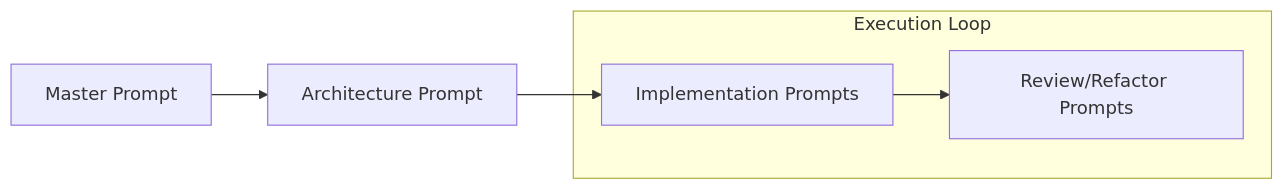
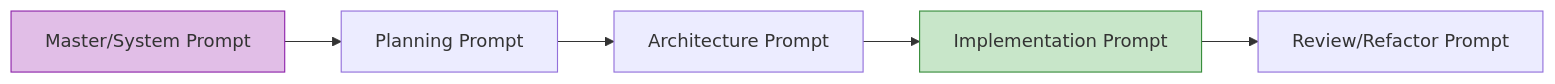
One commit to dhanesh-vaishnav96/AIBuilder.md changed the diagram in Part 7 - Prompt Engineering.md. Above: the diagram before and after it, drawn with Mermaid. The commit also changed other lines of this file and 11 other files, not shown here.

````diff
--- a/Part 7 - Prompt Engineering.md
+++ b/Part 7 - Prompt Engineering.md
@@ -16,11 +35,10 @@
 ```mermaid
 flowchart LR
-    A[Master Prompt] --> B[Architecture Prompt]
-    B --> C[Implementation Prompts]
-    C --> D[Review/Refactor Prompts]
+    A[Master/System Prompt] --> B[Planning Prompt]
+    B --> C[Architecture Prompt]
+    C --> D[Implementation Prompt]
+    D --> E[Review/Refactor Prompt]
     
-    subgraph Execution Loop
-    C
-    D
-    end
+    style A fill:#e1bee7,stroke:#8e24aa
+    style D fill:#c8e6c9,stroke:#388e3c
 ```
````
